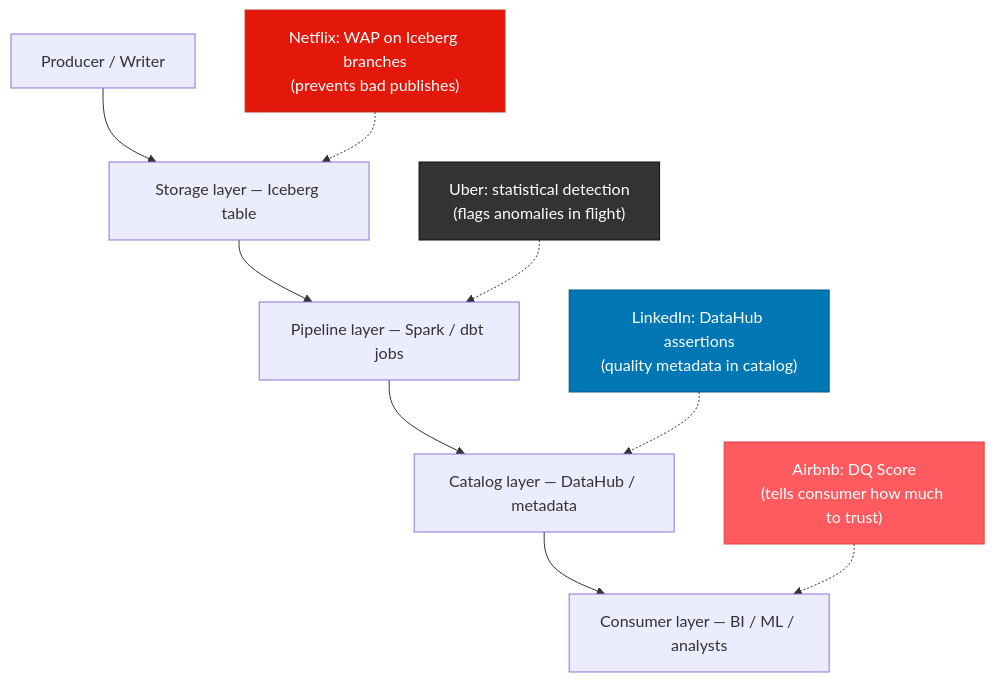
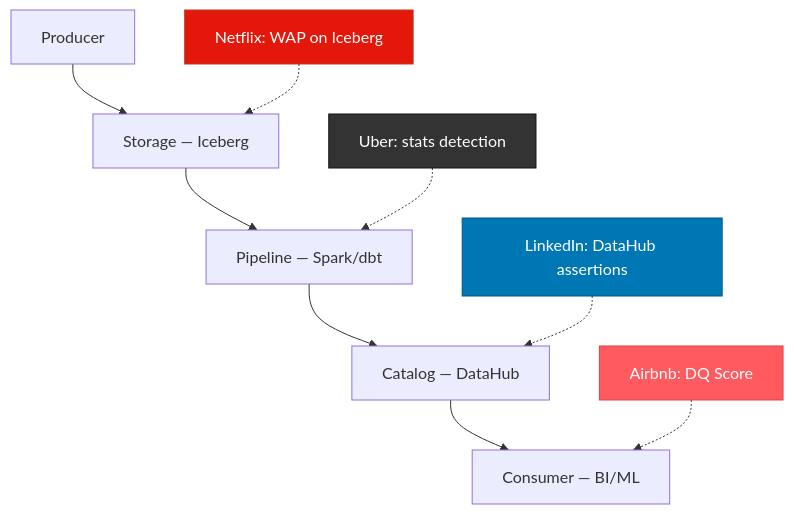
One commit to Vaibhavfrenz/blogs changed the diagram in diagrams/quality-faang-layers.mmd. Above: the diagram before and after it, drawn with Mermaid. The commit also changed 4 other files, not shown here.

First line of the commit message:
Fix diagram label clipping in quality article

```diff
--- a/diagrams/quality-faang-layers.mmd
+++ b/diagrams/quality-faang-layers.mmd
@@ -1,15 +1,15 @@
 flowchart TB
-    P[Producer / Writer] --> S[Storage layer — Iceberg table]
-    S --> PL[Pipeline layer — Spark / dbt jobs]
-    PL --> CAT[Catalog layer — DataHub / metadata]
-    CAT --> CON[Consumer layer — BI / ML / analysts]
+    P[Producer] --> S[Storage — Iceberg]
+    S --> PL[Pipeline — Spark/dbt]
+    PL --> CAT[Catalog — DataHub]
+    CAT --> CON[Consumer — BI/ML]
 
-    NF["Netflix: WAP on Iceberg branches\n(prevents bad publishes)"]:::nf -.-> S
-    UB["Uber: statistical detection\n(flags anomalies in flight)"]:::ub -.-> PL
-    LI["LinkedIn: DataHub assertions\n(quality metadata in catalog)"]:::li -.-> CAT
-    AB["Airbnb: DQ Score\n(tells consumer how much to trust)"]:::ab -.-> CON
+    NF["Netflix: WAP on Iceberg"]:::nf -.-> S
+    UB["Uber: stats detection"]:::ub -.-> PL
+    LI["LinkedIn: DataHub assertions"]:::li -.-> CAT
+    AB["Airbnb: DQ Score"]:::ab -.-> CON
 
     classDef nf fill:#e3170a,color:#fff,stroke:#c0392b
     classDef ub fill:#333,color:#fff,stroke:#111
     classDef li fill:#0077b5,color:#fff,stroke:#005885
     classDef ab fill:#ff5a5f,color:#fff,stroke:#e04045
```
